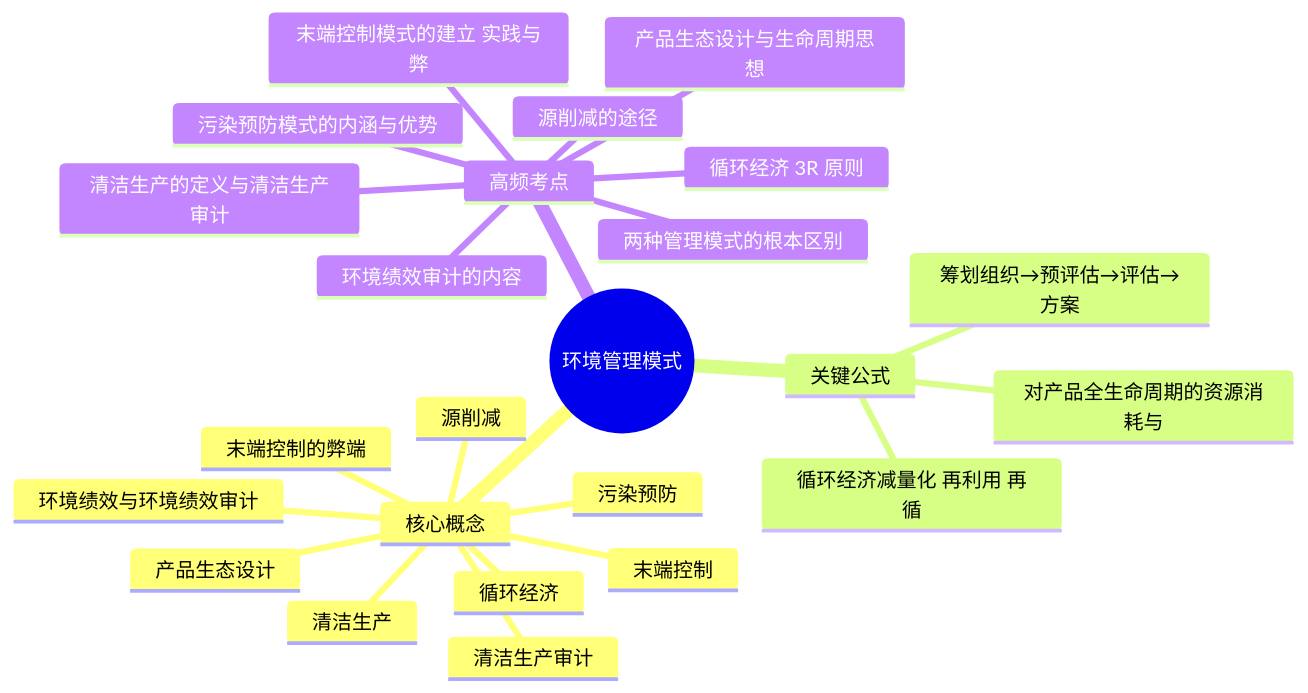
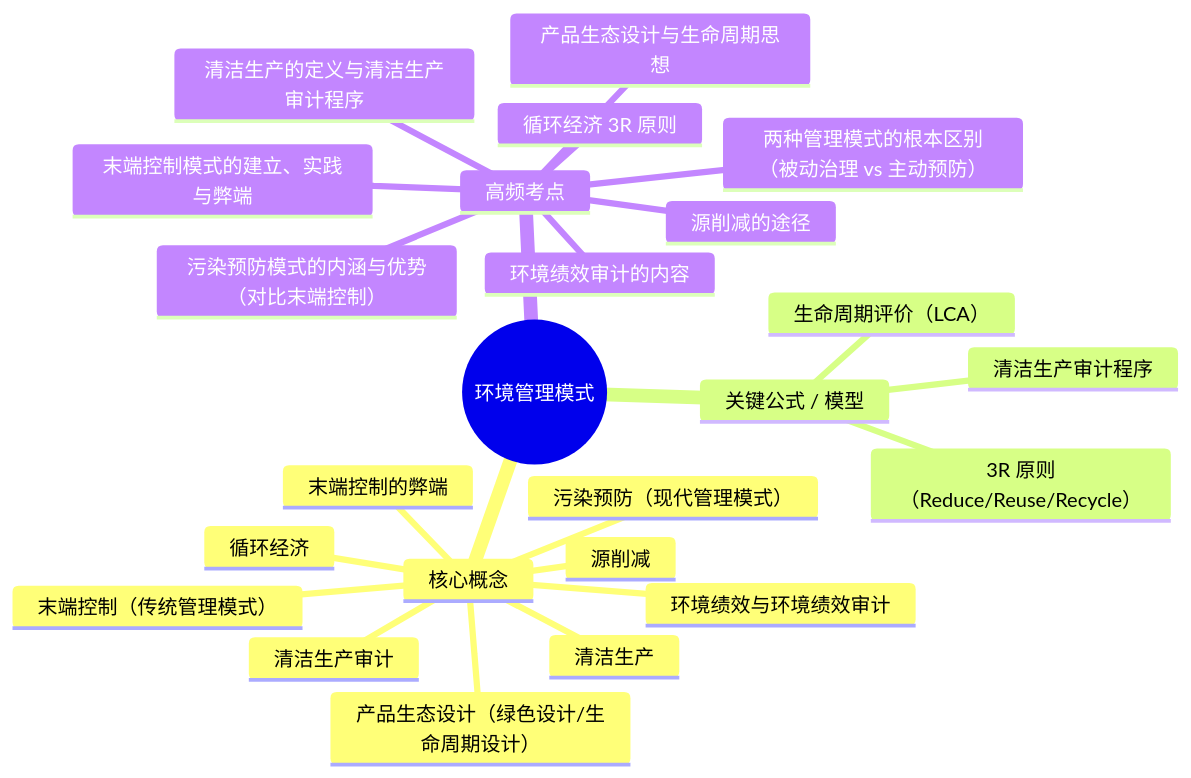
Before and after one commit to dao-genesis/xuexi-fuxi: the diagram in 环境规划与管理/02_解析成果/_素材/_第07章_环境管理模式.md, drawn with Mermaid. The commit also changed other lines of this file and 47 other files, not shown here.

````diff
--- a/环境规划与管理/02_解析成果/_素材/_第07章_环境管理模式.md
+++ b/环境规划与管理/02_解析成果/_素材/_第07章_环境管理模式.md
@@ -1781,27 +1781,27 @@
 ```mermaid
 mindmap
   root((环境管理模式))
     核心概念
-      末端控制
+      末端控制（传统管理模式）
       末端控制的弊端
-      污染预防
+      污染预防（现代管理模式）
       源削减
       循环经济
-      产品生态设计
+      产品生态设计（绿色设计/生命周期设计）
       清洁生产
       清洁生产审计
       环境绩效与环境绩效审计
-    关键公式
-      循环经济减量化 再利用 再循
-      筹划组织→预评估→评估→方案
-      对产品全生命周期的资源消耗与
+    关键公式 / 模型
+      3R 原则（Reduce/Reuse/Recycle）
+      清洁生产审计程序
+      生命周期评价（LCA）
     高频考点
-      末端控制模式的建立 实践与弊
-      污染预防模式的内涵与优势
+      末端控制模式的建立、实践与弊端
+      污染预防模式的内涵与优势（对比末端控制）
       源削减的途径
       循环经济 3R 原则
       产品生态设计与生命周期思想
-      清洁生产的定义与清洁生产审计
+      清洁生产的定义与清洁生产审计程序
       环境绩效审计的内容
-      两种管理模式的根本区别
+      两种管理模式的根本区别（被动治理 vs 主动预防）
 ```
````
